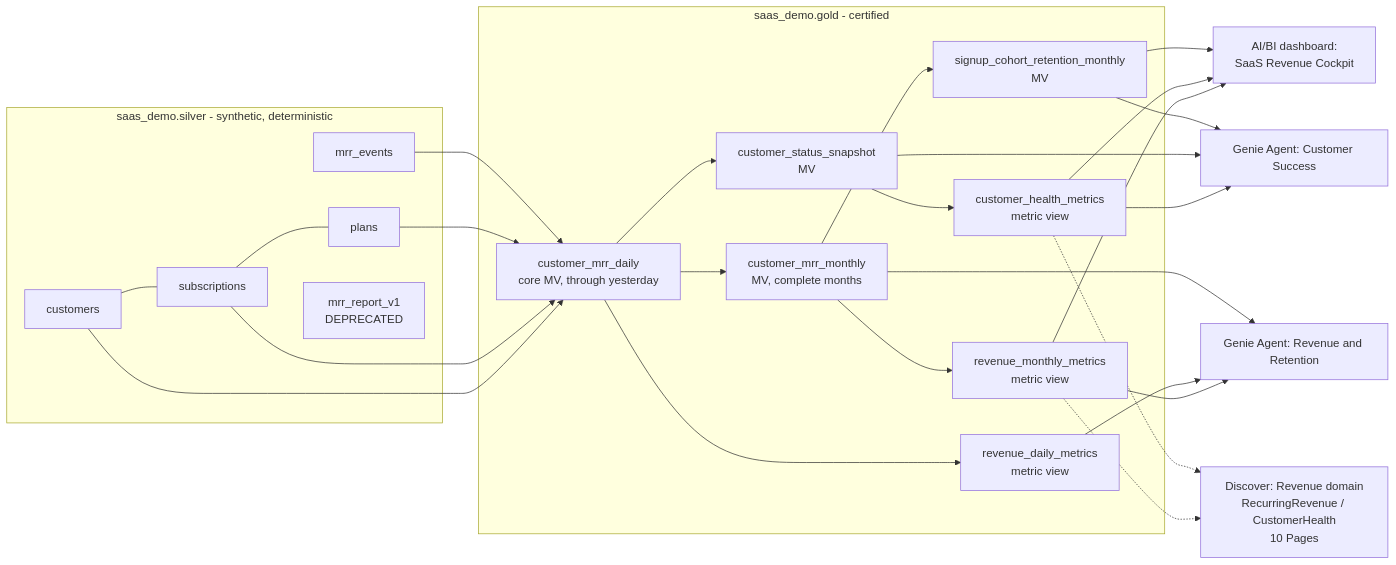
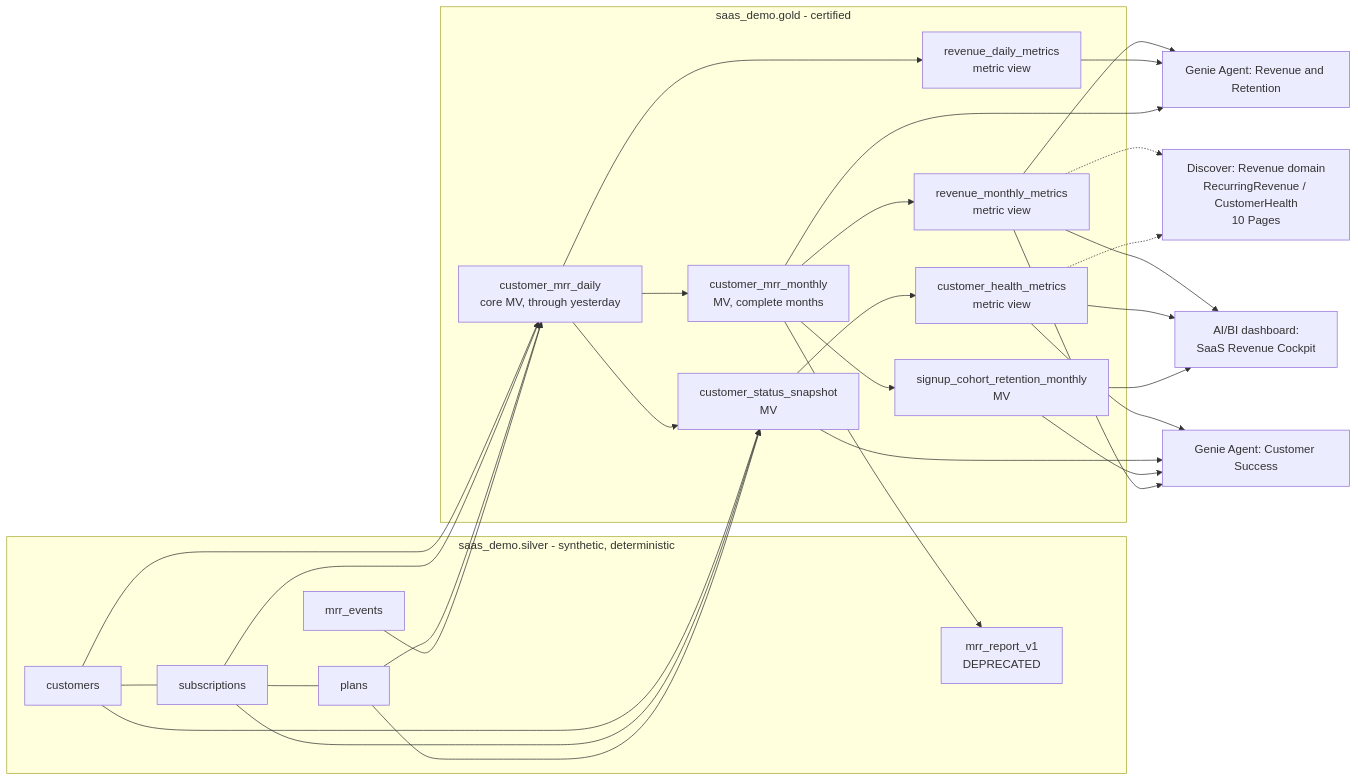
The diagram in analytics__metric_views_genie__saas_business_metrics/README.md (jose-alberto-salazar-jimenez/databricks_demos), drawn with Mermaid before and after one commit. The commit also changed other lines of this file and 6 other files, not shown here.

````diff
--- a/analytics__metric_views_genie__saas_business_metrics/README.md
+++ b/analytics__metric_views_genie__saas_business_metrics/README.md
@@ -24,22 +24,24 @@
 ```mermaid
 flowchart LR
   subgraph silver[saas_demo.silver - synthetic, deterministic]
     C[customers] --- S[subscriptions] --- P[plans]
     E[mrr_events]
     L[mrr_report_v1<br/>DEPRECATED]
   end
   subgraph gold[saas_demo.gold - certified]
     CD[customer_mrr_daily<br/>core MV, through yesterday] --> M[customer_mrr_monthly<br/>MV, complete months]
     CD --> CS[customer_status_snapshot<br/>MV]
     M --> CR[signup_cohort_retention_monthly<br/>MV]
     CD --> RD[revenue_daily_metrics<br/>metric view]
     M --> RV[revenue_monthly_metrics<br/>metric view]
     CS --> CV[customer_health_metrics<br/>metric view]
   end
   C & S & P & E --> CD
+  C & S & P --> CS
+  M --> L
   RV & RD --> G1[Genie Agent: Revenue and Retention]
   M --> G1
-  CV & CS & CR --> G2[Genie Agent: Customer Success]
+  CV & CS & CR & RV --> G2[Genie Agent: Customer Success]
   RV & CV & CR --> DB[AI/BI dashboard:<br/>SaaS Revenue Cockpit]
   RV & CV -.-> D[Discover: Revenue domain<br/>RecurringRevenue / CustomerHealth<br/>10 Pages]
 ```
````
